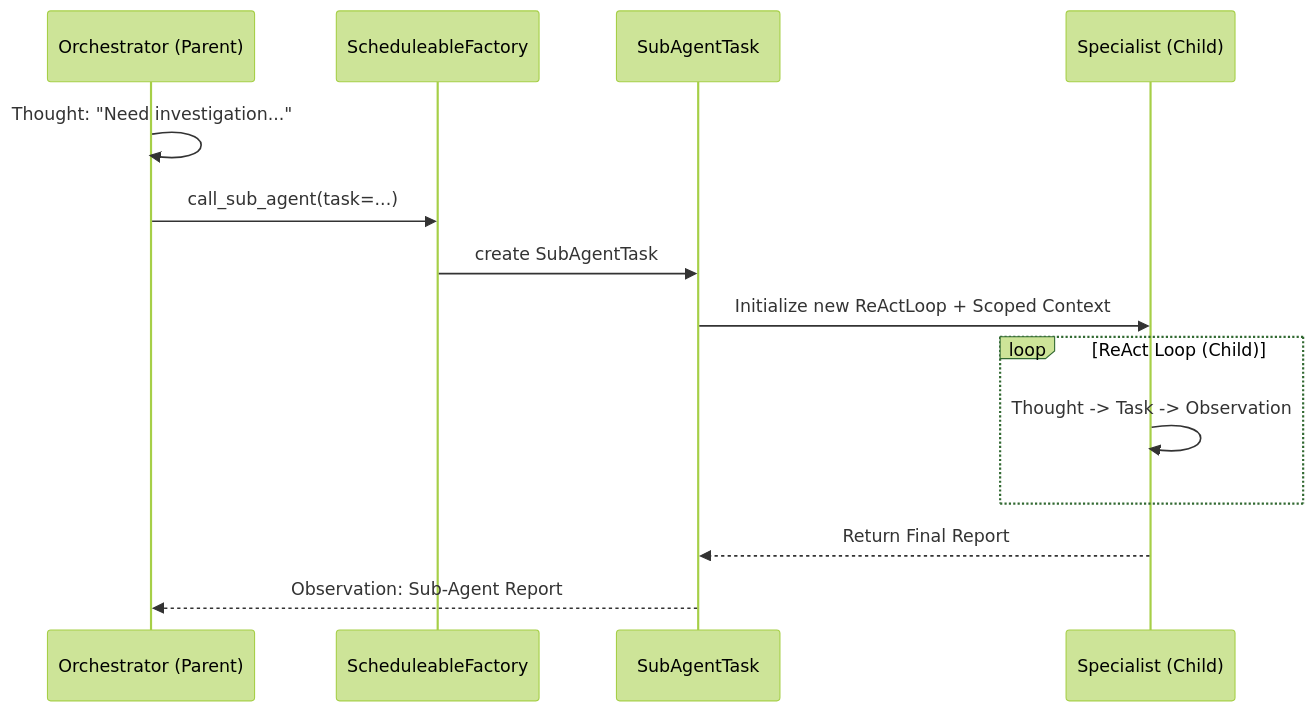
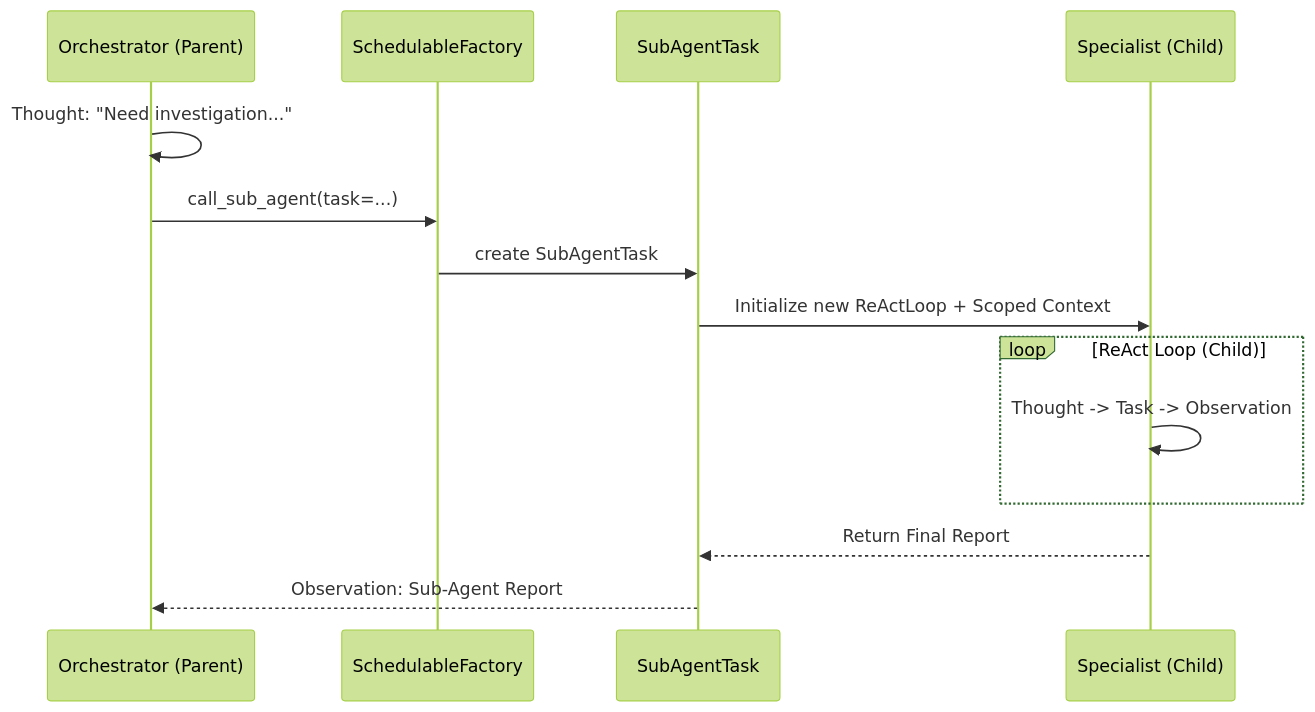
Before and after one commit to stream-iori/ganglia: the diagram in docs/SUB_AGENT_DESIGN.md, drawn with Mermaid (forest theme). The commit also changed other lines of this file and 38 other files, not shown here.

````diff
--- a/docs/SUB_AGENT_DESIGN.md
+++ b/docs/SUB_AGENT_DESIGN.md
@@ -41,17 +41,17 @@
 ```mermaid
 sequenceDiagram
     participant P as Orchestrator (Parent)
-    participant F as ScheduleableFactory
+    participant F as SchedulableFactory
     participant T as SubAgentTask
     participant C as Specialist (Child)
     
     P->>P: Thought: "Need investigation..."
     P->>F: call_sub_agent(task=...)
     F->>T: create SubAgentTask
     T->>C: Initialize new ReActLoop + Scoped Context
     loop ReAct Loop (Child)
         C->>C: Thought -> Task -> Observation
     end
     C-->>T: Return Final Report
     T-->>P: Observation: Sub-Agent Report
 ```
````
